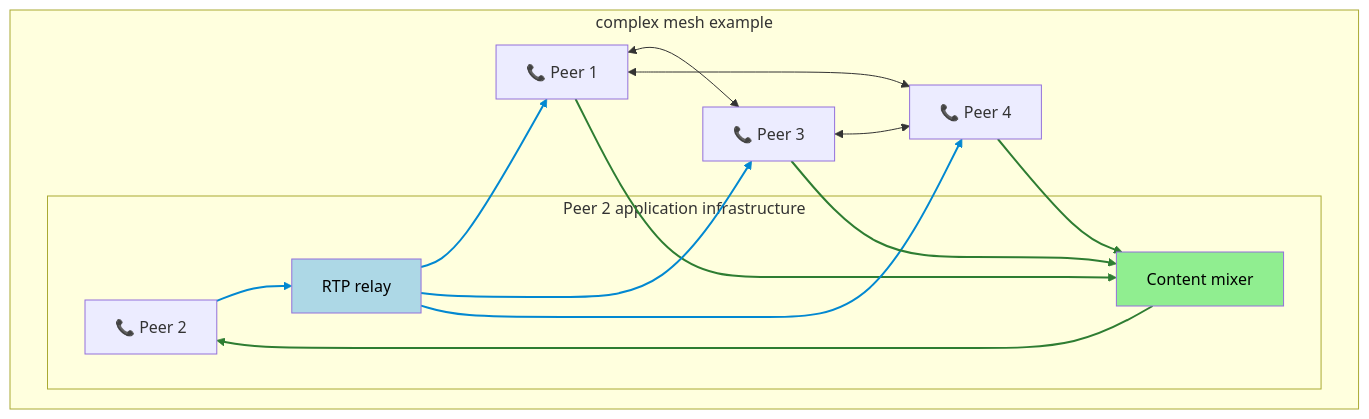
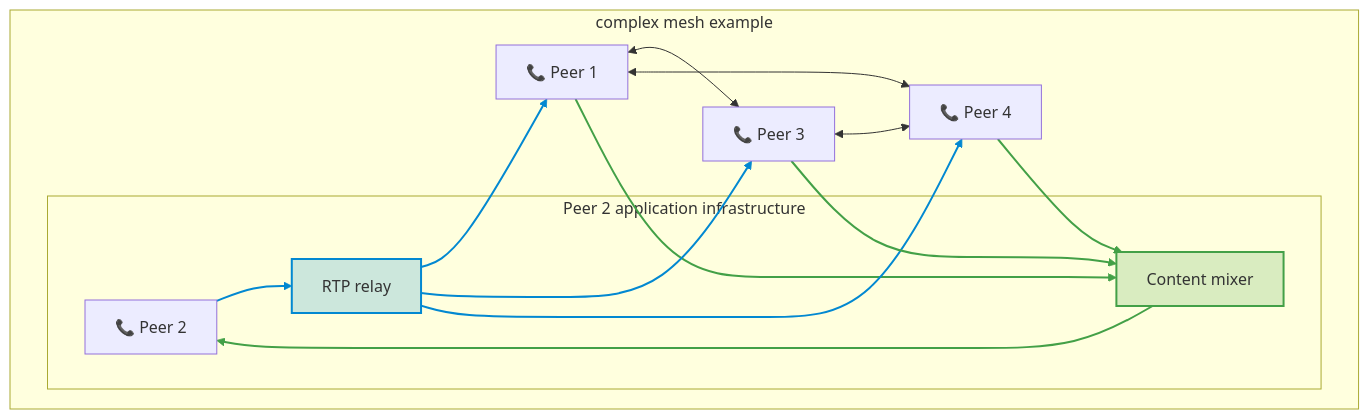
The fourth of 6 diagrams in doc/tutorials/jingle.md (esl/MongooseIM), drawn with Mermaid before and after one commit. The commit also changed other lines of this file and 1 other file, not shown here.

Commit message:
Fix dark-theme mermaid diagrams

````diff
--- a/doc/tutorials/jingle.md
+++ b/doc/tutorials/jingle.md
@@ -138,28 +138,28 @@
 ```mermaid
 flowchart TB
   subgraph complex["complex mesh example"]
     p1["📞 Peer 1"]
     subgraph p2i["Peer 2 application infrastructure"]
       p2["📞 Peer 2"]
       m1["Content mixer"]
       r1["RTP relay"]
     end
     p3["📞 Peer 3"]
     p4["📞 Peer 4"]
     p1 --> m1
     p1 <--> p3
     p1 <--> p4
     m1 --> p2
     p2 --> r1
     r1 --> p1
     r1 --> p3
     r1 --> p4
     p3 --> m1
     p3 <--> p4
     p4 --> m1
   end
-  style m1 fill:#90ee90,color:#000
-  style r1 fill:#add8e6,color:#000
-  linkStyle 0,3,8,10 stroke:#2e7d32,stroke-width:2px
+  style m1 fill:#43a04733,stroke:#43a047,stroke-width:2px
+  style r1 fill:#0288d133,stroke:#0288d1,stroke-width:2px
+  linkStyle 0,3,8,10 stroke:#43a047,stroke-width:2px
   linkStyle 4,5,6,7 stroke:#0288d1,stroke-width:2px
 ```
````
